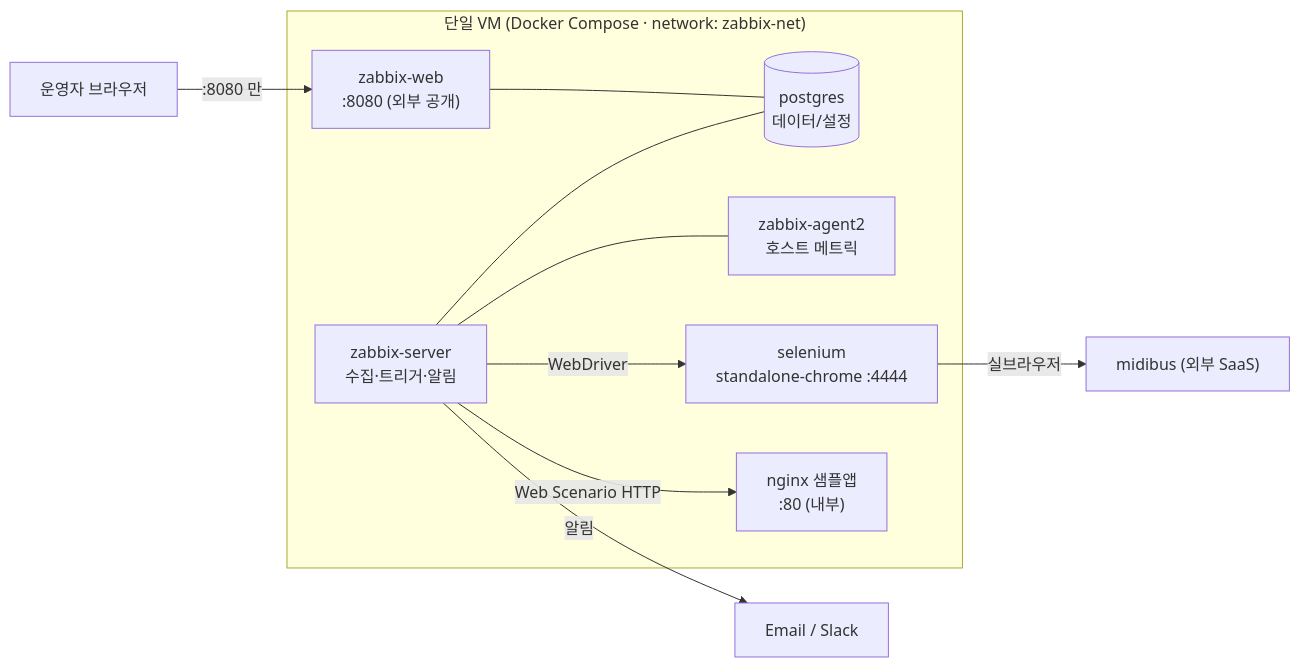
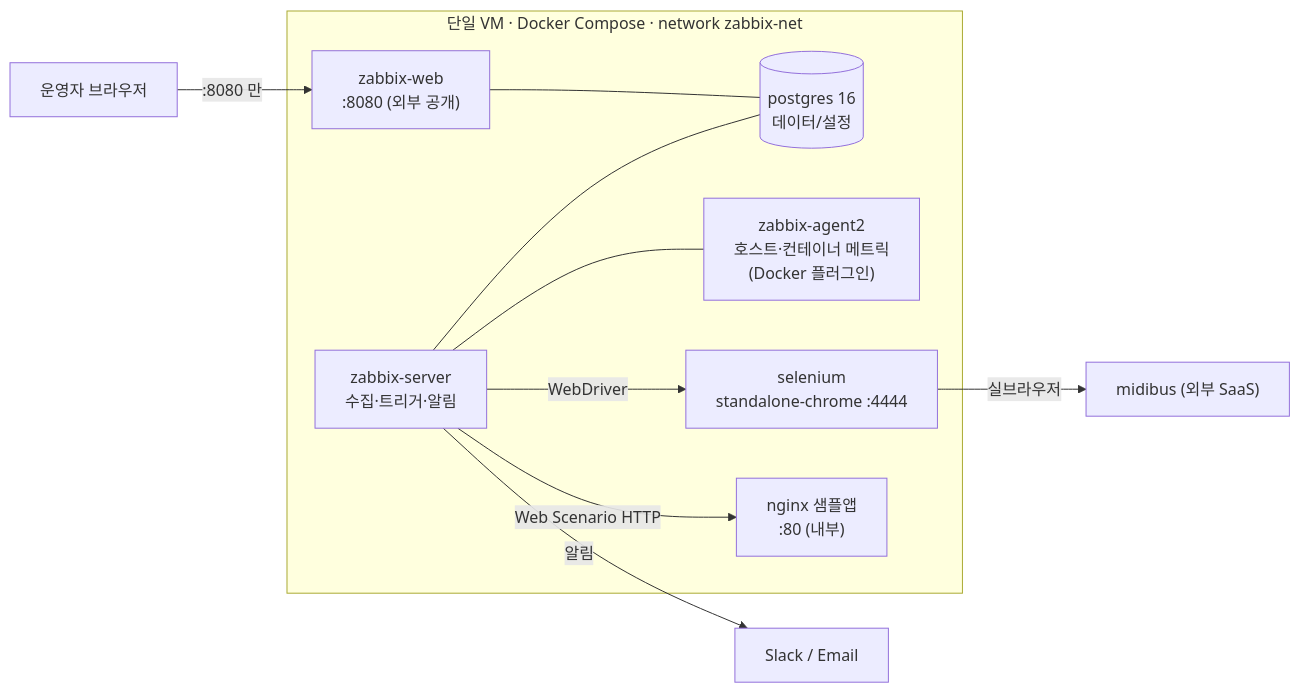
One commit to swoo0514/zabbix-e2e-monitoring changed the diagram in README.md. Above: the diagram before and after it, drawn with Mermaid. The commit also changed other lines of this file, not shown here.

````diff
--- a/README.md
+++ b/README.md
@@ -31,19 +52,19 @@
 ```mermaid
 flowchart LR
-  subgraph VM["단일 VM (Docker Compose · network: zabbix-net)"]
+  subgraph VM["단일 VM · Docker Compose · network zabbix-net"]
     web["zabbix-web<br>:8080 (외부 공개)"]
     server["zabbix-server<br>수집·트리거·알림"]
-    db[("postgres<br>데이터/설정")]
-    agent["zabbix-agent2<br>호스트 메트릭"]
+    db[("postgres 16<br>데이터/설정")]
+    agent["zabbix-agent2<br>호스트·컨테이너 메트릭<br>(Docker 플러그인)"]
     sel["selenium<br>standalone-chrome :4444"]
     nginx["nginx 샘플앱<br>:80 (내부)"]
     server --- db
     web --- db
     server --- agent
     server -->|WebDriver| sel
     server -->|Web Scenario HTTP| nginx
   end
   admin["운영자 브라우저"] -->|":8080 만"| web
   sel -->|"실브라우저"| midibus["midibus (외부 SaaS)"]
-  server -->|알림| notify["Email / Slack"]
+  server -->|알림| notify["Slack / Email"]
 ```
````
